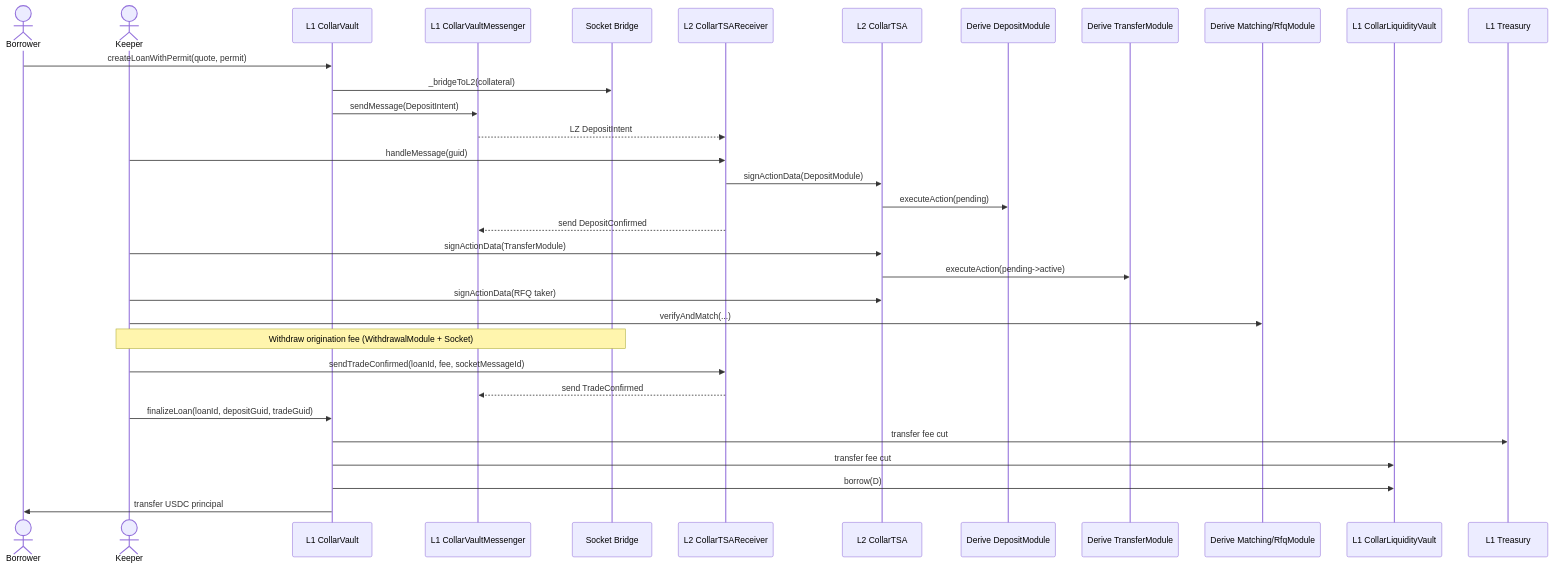
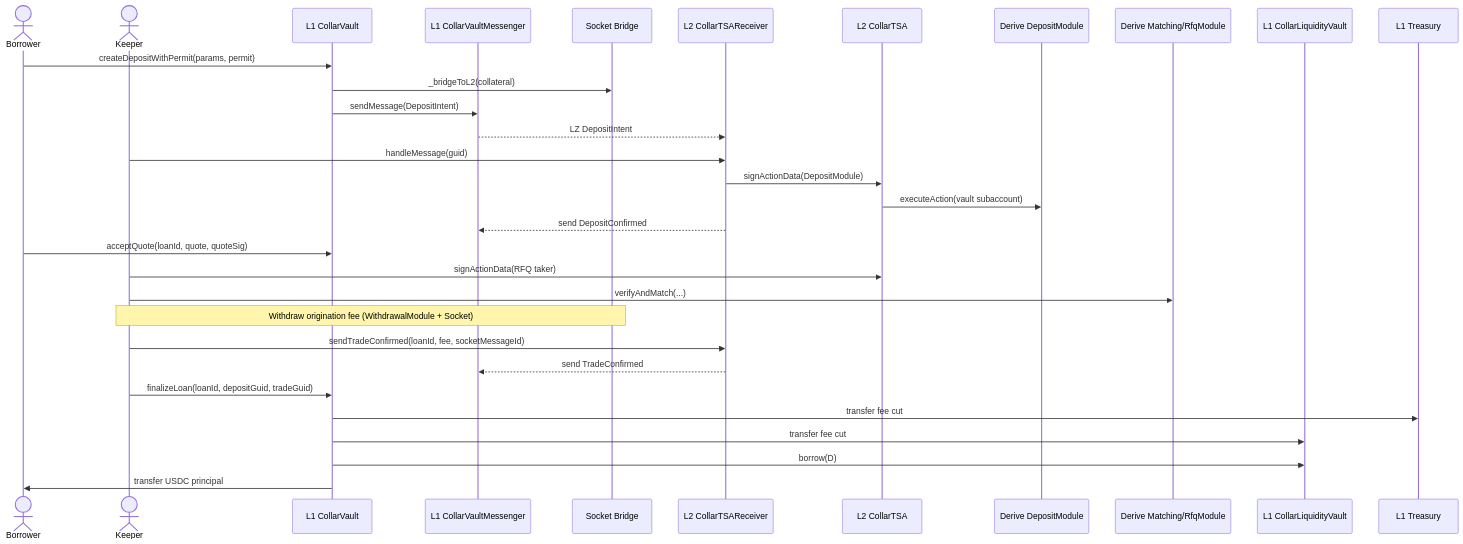
The first of 5 diagrams in docs/SPEC.md (valo/musical-bassoon), drawn with Mermaid before and after one commit. The commit also changed other lines of this file and 9 other files, not shown here.

````diff
--- a/docs/SPEC.md
+++ b/docs/SPEC.md
@@ -129,36 +121,34 @@
 ```mermaid
 sequenceDiagram
   actor Borrower
   actor Keeper
   participant Vault as L1 CollarVault
   participant LZ as L1 CollarVaultMessenger
   participant Socket as Socket Bridge
   participant L2Recv as L2 CollarTSAReceiver
   participant TSA as L2 CollarTSA
   participant Deposit as Derive DepositModule
-  participant Transfer as Derive TransferModule
   participant Match as Derive Matching/RfqModule
   participant Liquidity as L1 CollarLiquidityVault
   participant Treasury as L1 Treasury
 
-  Borrower->>Vault: createLoanWithPermit(quote, permit)
+  Borrower->>Vault: createDepositWithPermit(params, permit)
   Vault->>Socket: _bridgeToL2(collateral)
   Vault->>LZ: sendMessage(DepositIntent)
   LZ-->>L2Recv: LZ DepositIntent
   Keeper->>L2Recv: handleMessage(guid)
   L2Recv->>TSA: signActionData(DepositModule)
-  TSA->>Deposit: executeAction(pending)
+  TSA->>Deposit: executeAction(vault subaccount)
   L2Recv-->>LZ: send DepositConfirmed
-  Keeper->>TSA: signActionData(TransferModule)
-  TSA->>Transfer: executeAction(pending->active)
+  Borrower->>Vault: acceptQuote(loanId, quote, quoteSig)
   Keeper->>TSA: signActionData(RFQ taker)
   Keeper->>Match: verifyAndMatch(...)
   Note over Keeper,Socket: Withdraw origination fee (WithdrawalModule + Socket)
   Keeper->>L2Recv: sendTradeConfirmed(loanId, fee, socketMessageId)
   L2Recv-->>LZ: send TradeConfirmed
   Keeper->>Vault: finalizeLoan(loanId, depositGuid, tradeGuid)
   Vault->>Treasury: transfer fee cut
   Vault->>Liquidity: transfer fee cut
   Vault->>Liquidity: borrow(D)
   Vault->>Borrower: transfer USDC principal
 ```
````
